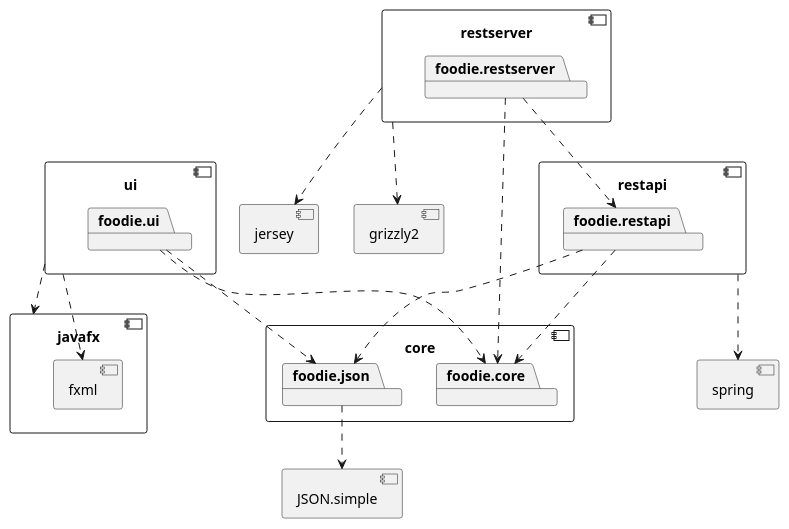
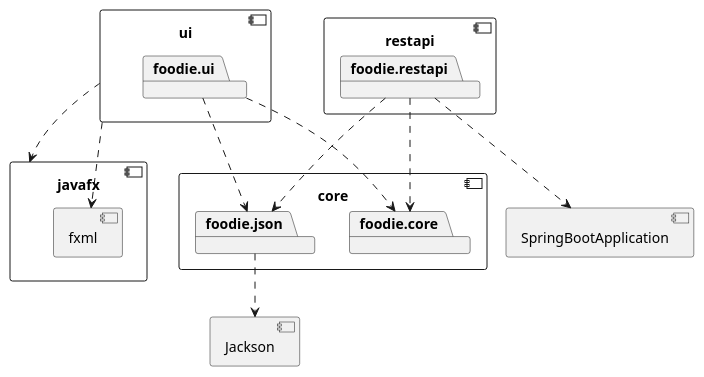
The diagram in foodie/architecture.puml (FridaK-sys/Foodie), drawn with PlantUML before and after one commit.

Commit message:
fix: updated achitecture diagram

```diff
--- a/foodie/architecture.puml
+++ b/foodie/architecture.puml
@@ -1,56 +1,41 @@
 @startuml architecture
 
 component core {
 	package foodie.core
 	package foodie.json
 }
 
-component JSON.simple {
+component Jackson {
 }
 
-foodie.json ..> JSON.simple
+foodie.json ..> Jackson
 
 component ui {
 	package foodie.ui
 }
 
 foodie.ui ..> foodie.core
 foodie.ui ..> foodie.json
 
 component javafx {
 	component fxml {
 	}
 }
 
 ui ..> javafx
 ui ..> fxml
 
 component restapi {
 	package foodie.restapi
 }
 
 foodie.restapi ..> foodie.core
 foodie.restapi ..> foodie.json
 
-component spring {
+component SpringBootApplication {	
 }
 
-restapi ..> spring
+foodie.restapi ..> SpringBootApplication
 
-component restserver {
-	package foodie.restserver
-}
-
-foodie.restserver ..> foodie.core
-foodie.restserver ..> foodie.restapi
-
-component jersey {
-}
-
-component grizzly2 {
-}
-
-restserver ..> jersey
-restserver ..> grizzly2
 
 @enduml
```
